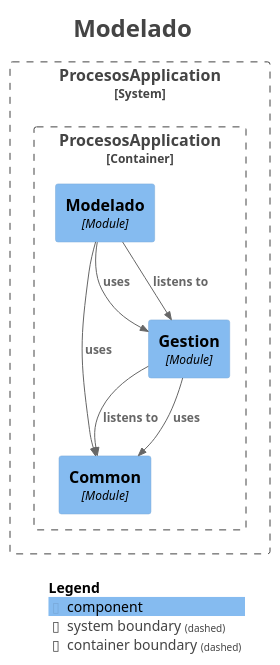
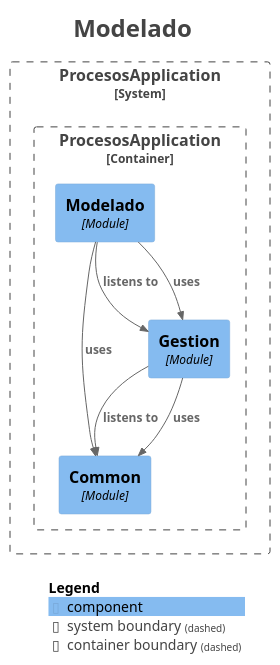
One commit to AndresContreras1/bpmn-process-manager-api changed the diagram in docs/modules/module-modelado.puml. Above: the diagram before and after it, drawn with PlantUML. The commit also changed other lines of this file and 108 other files, not shown here.

```diff
--- a/docs/modules/module-modelado.puml
+++ b/docs/modules/module-modelado.puml
@@ -1,35 +1,35 @@
 @startuml
 title <size:24>Modelado</size>
 
 set separator none
 top to bottom direction
 
 <style>
   root {
     BackgroundColor: #ffffff
     FontColor: #444444
   }
 </style>
 
 !include <C4/C4>
 !include <C4/C4_Context>
 !include <C4/C4_Component>
 
 System_Boundary("ProcesosApplication_boundary", "ProcesosApplication", $tags="") {
   Container_Boundary("ProcesosApplication.ProcesosApplication_boundary", "ProcesosApplication", $tags="") {
     Component(ProcesosApplication.ProcesosApplication.Common, "Common", $techn="Module", $descr="", $tags="", $link="")
     Component(ProcesosApplication.ProcesosApplication.Gestion, "Gestion", $techn="Module", $descr="", $tags="", $link="")
     Component(ProcesosApplication.ProcesosApplication.Modelado, "Modelado", $techn="Module", $descr="", $tags="", $link="")
   }
 
 }
 
-Rel(ProcesosApplication.ProcesosApplication.Modelado, ProcesosApplication.ProcesosApplication.Gestion, "uses", $techn="", $tags="", $link="")
-Rel(ProcesosApplication.ProcesosApplication.Modelado, ProcesosApplication.ProcesosApplication.Common, "uses", $techn="", $tags="", $link="")
 Rel(ProcesosApplication.ProcesosApplication.Gestion, ProcesosApplication.ProcesosApplication.Common, "listens to", $techn="", $tags="", $link="")
 Rel(ProcesosApplication.ProcesosApplication.Gestion, ProcesosApplication.ProcesosApplication.Common, "uses", $techn="", $tags="", $link="")
 Rel(ProcesosApplication.ProcesosApplication.Modelado, ProcesosApplication.ProcesosApplication.Gestion, "listens to", $techn="", $tags="", $link="")
+Rel(ProcesosApplication.ProcesosApplication.Modelado, ProcesosApplication.ProcesosApplication.Gestion, "uses", $techn="", $tags="", $link="")
+Rel(ProcesosApplication.ProcesosApplication.Modelado, ProcesosApplication.ProcesosApplication.Common, "uses", $techn="", $tags="", $link="")
 
 SHOW_LEGEND(true)
 hide stereotypes
 @enduml
```
